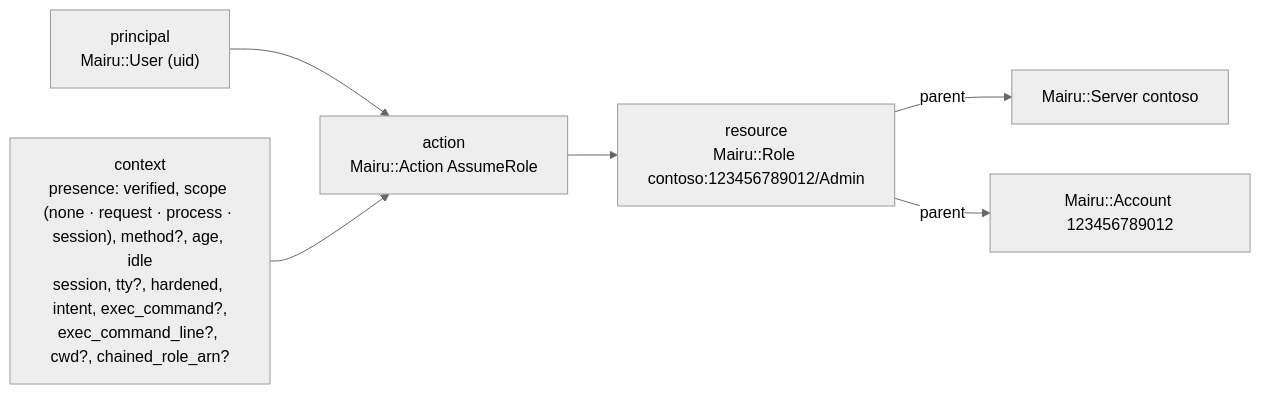
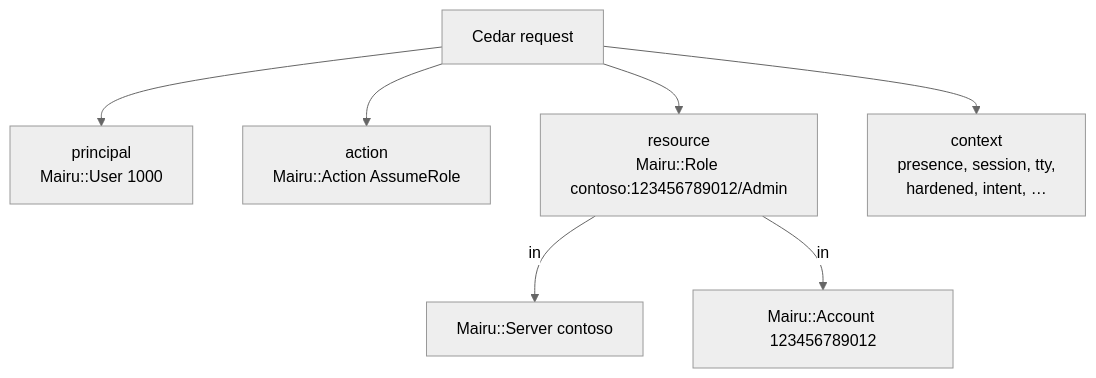
Before and after one commit to sorah/mairu: the third of 3 diagrams in docs/specs/007-authorization.md, drawn with Mermaid (neutral theme). The commit also changed other lines of this file and 17 other files, not shown here.

First line of the commit message:
docs/specs: rework diagrams and helper locations

````diff
--- a/docs/specs/007-authorization.md
+++ b/docs/specs/007-authorization.md
@@ -425,7 +406,9 @@
 ```mermaid
-flowchart LR
-  U["principal<br/>Mairu::User (uid)"] --> Act["action<br/>Mairu::Action AssumeRole"] --> R["resource<br/>Mairu::Role contoso:123456789012/Admin"]
-  R -- "parent" --> S["Mairu::Server contoso"]
-  R -- "parent" --> A["Mairu::Account 123456789012"]
-  C["context<br/>presence: verified, scope (none · request · process · session), method?, age, idle<br/>session, tty?, hardened, intent, exec_command?,<br/>exec_command_line?, cwd?, chained_role_arn?"] --> Act
+flowchart TB
+  Q["Cedar request"] --> U["principal<br/>Mairu::User 1000"]
+  Q --> A["action<br/>Mairu::Action AssumeRole"]
+  Q --> R["resource<br/>Mairu::Role contoso:123456789012/Admin"]
+  Q --> C["context<br/>presence, session, tty,<br/>hardened, intent, …"]
+  R -- "in" --> S["Mairu::Server contoso"]
+  R -- "in" --> AC["Mairu::Account 123456789012"]
 ```
````
